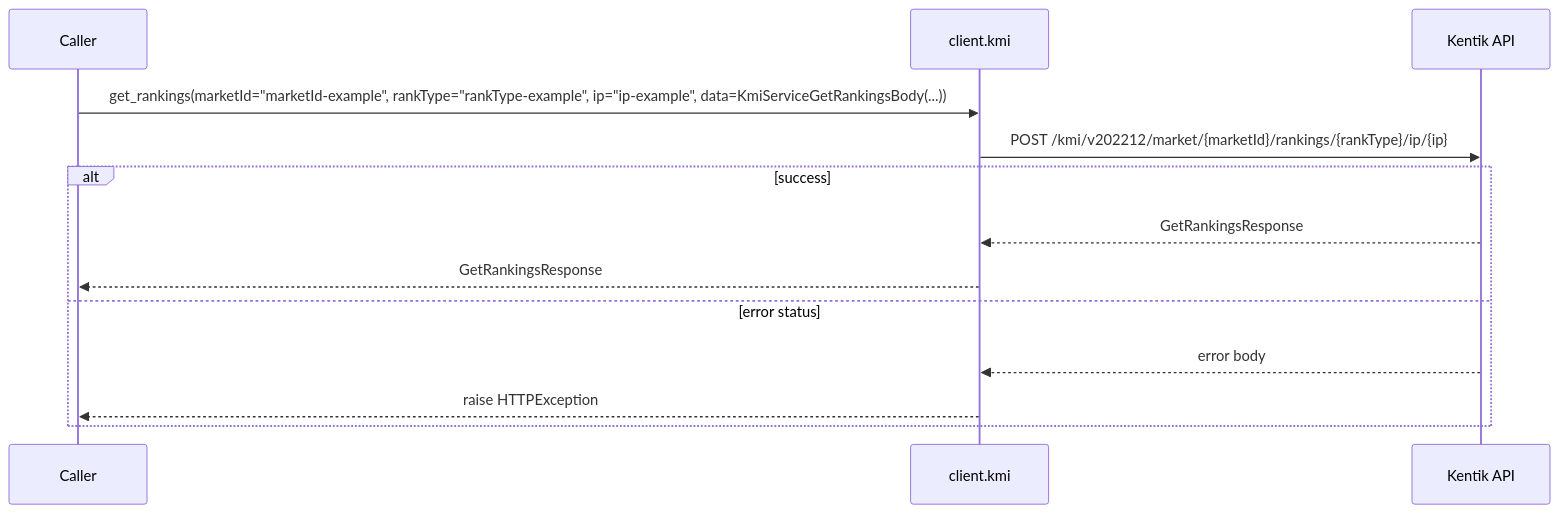
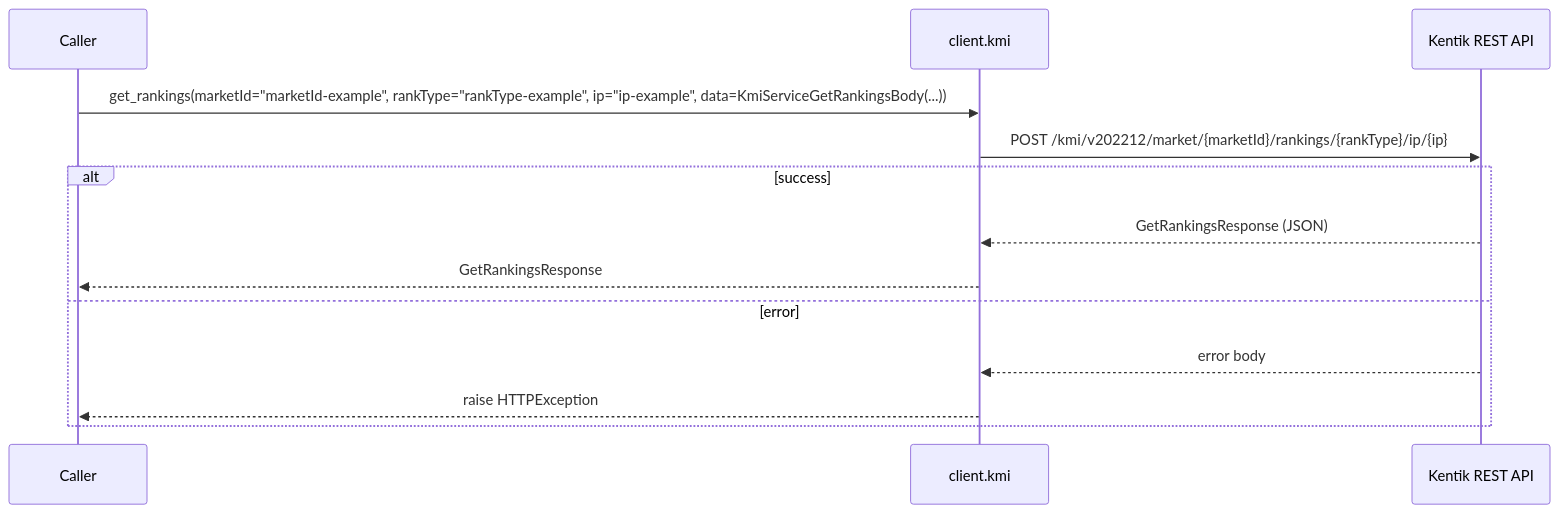
The eighth of 12 diagrams in docs/sphinx/services/kmi.md (alexdearaujo/community_sdk_python), drawn with Mermaid before and after one commit. The commit also changed other lines of this file and 61 other files, not shown here.

````diff
--- a/docs/sphinx/services/kmi.md
+++ b/docs/sphinx/services/kmi.md
@@ -198,16 +275,16 @@
 ```mermaid
 sequenceDiagram
     participant C as Caller
     participant W as client.kmi
-    participant API as Kentik API
+    participant API as Kentik REST API
 
     C->>W: get_rankings(marketId="marketId-example", rankType="rankType-example", ip="ip-example", data=KmiServiceGetRankingsBody(...))
     W->>API: POST /kmi/v202212/market/{marketId}/rankings/{rankType}/ip/{ip}
     alt success
-        API-->>W: GetRankingsResponse
+        API-->>W: GetRankingsResponse (JSON)
         W-->>C: GetRankingsResponse
-    else error status
+    else error
         API-->>W: error body
         W-->>C: raise HTTPException
     end
 ```
````
